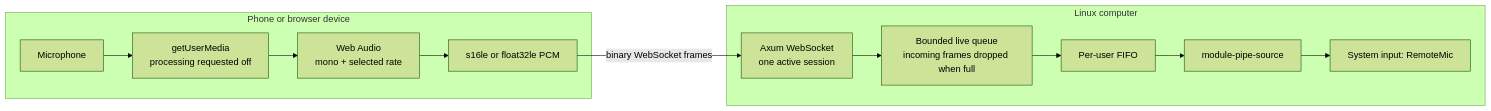
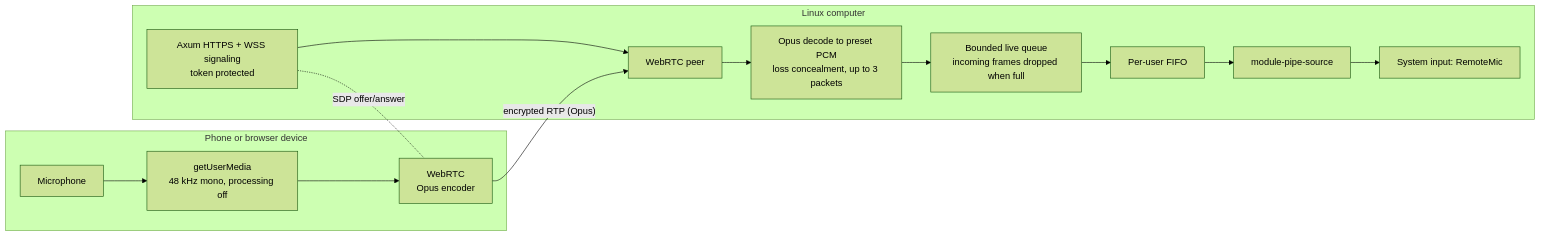
Before and after one commit to goldpulpy/RemoteMic: the diagram in README.md, drawn with Mermaid (forest theme). The commit also changed other lines of this file and 7 other files, not shown here.

Commit message:
feat: implement WebRTC audio streaming with Opus codec and add TLS support

````diff
--- a/README.md
+++ b/README.md
@@ -64,21 +72,23 @@
 ```mermaid
 flowchart LR
     subgraph Device["Phone or browser device"]
         Mic["Microphone"]
-        Capture["getUserMedia\nprocessing requested off"]
-        WebAudio["Web Audio\nmono + selected rate"]
-        PCM["s16le or float32le PCM"]
-        Mic --> Capture --> WebAudio --> PCM
+        Capture["getUserMedia\n48 kHz mono, processing off"]
+        WebRTC["WebRTC\nOpus encoder"]
+        Mic --> Capture --> WebRTC
     end
 
     subgraph Linux["Linux computer"]
-        WS["Axum WebSocket\none active session"]
+        HTTPS["Axum HTTPS + WSS signaling\ntoken protected"]
+        Peer["WebRTC peer"]
+        Decode["Opus decode to preset PCM\nloss concealment, up to 3 packets"]
         Queue["Bounded live queue\nincoming frames dropped when full"]
         FIFO["Per-user FIFO"]
         Pulse["module-pipe-source"]
         Input["System input: RemoteMic"]
-        WS --> Queue --> FIFO --> Pulse --> Input
+        HTTPS --> Peer --> Decode --> Queue --> FIFO --> Pulse --> Input
     end
 
-    PCM -- "binary WebSocket frames" --> WS
+    WebRTC -- "encrypted RTP (Opus)" --> Peer
+    HTTPS -. "SDP offer/answer" .- WebRTC
 ```
````
